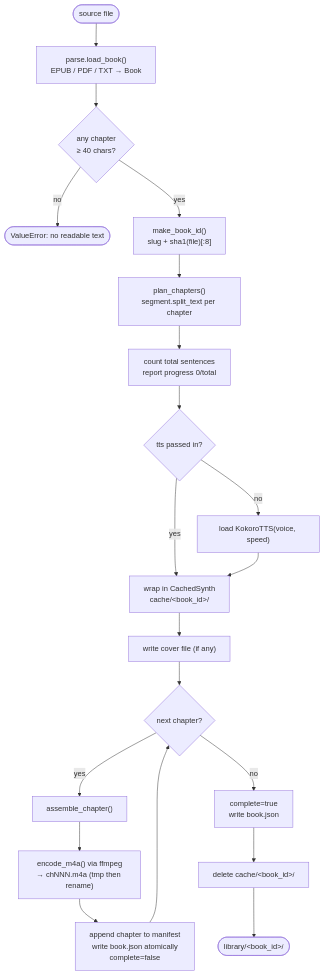
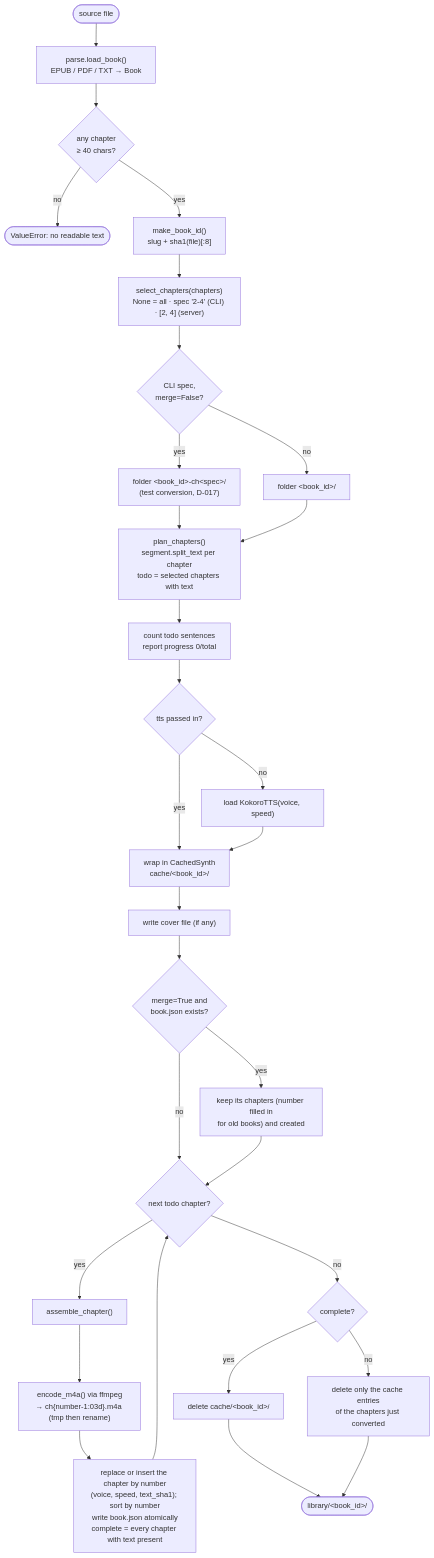
One commit to Fgkl10/ebook-convert-to-audio changed the third of 8 diagrams in desktop/docs/workflow.md. Above: the diagram before and after it, drawn with Mermaid. The commit also changed other lines of this file and 11 other files, not shown here.

First line of the commit message:
Choose which chapters to convert; add them into one library book (D-035)

````diff
--- a/desktop/docs/workflow.md
+++ b/desktop/docs/workflow.md
@@ -80,22 +80,32 @@
 ```mermaid
 flowchart TD
     A([source file]) --> B["parse.load_book()<br/>EPUB / PDF / TXT → Book"]
     B --> B1{any chapter<br/>≥ 40 chars?}
     B1 -- no --> X1([ValueError: no readable text])
     B1 -- yes --> C["make_book_id()<br/>slug + sha1(file)[:8]"]
-    C --> D["plan_chapters()<br/>segment.split_text per chapter"]
-    D --> E["count total sentences<br/>report progress 0/total"]
+    C --> S["select_chapters(chapters)<br/>None = all · spec '2-4' (CLI) · [2, 4] (server)"]
+    S --> S1{CLI spec,<br/>merge=False?}
+    S1 -- yes --> S2["folder &lt;book_id&gt;-ch&lt;spec&gt;/<br/>(test conversion, D-017)"]
+    S1 -- no --> S3["folder &lt;book_id&gt;/"]
+    S2 --> D
+    S3 --> D["plan_chapters()<br/>segment.split_text per chapter<br/>todo = selected chapters with text"]
+    D --> E["count todo sentences<br/>report progress 0/total"]
     E --> F{tts passed in?}
     F -- no --> F1["load KokoroTTS(voice, speed)"]
     F -- yes --> G
     F1 --> G["wrap in CachedSynth<br/>cache/&lt;book_id&gt;/"]
     G --> H["write cover file (if any)"]
-    H --> I{next chapter?}
+    H --> M0{"merge=True and<br/>book.json exists?"}
+    M0 -- yes --> M1["keep its chapters (number filled in<br/>for old books) and created"]
+    M0 -- no --> I
+    M1 --> I{next todo chapter?}
     I -- yes --> J["assemble_chapter()"]
-    J --> K["encode_m4a() via ffmpeg<br/>→ chNNN.m4a (tmp then rename)"]
-    K --> L["append chapter to manifest<br/>write book.json atomically<br/>complete=false"]
+    J --> K["encode_m4a() via ffmpeg<br/>→ ch{number-1:03d}.m4a (tmp then rename)"]
+    K --> L["replace or insert the chapter by number<br/>(voice, speed, text_sha1); sort by number<br/>write book.json atomically<br/>complete = every chapter with text present"]
     L --> I
-    I -- no --> M["complete=true<br/>write book.json"]
-    M --> N["delete cache/&lt;book_id&gt;/"]
+    I -- no --> M{complete?}
+    M -- yes --> N["delete cache/&lt;book_id&gt;/"]
+    M -- no --> N2["delete only the cache entries<br/>of the chapters just converted"]
     N --> O([library/&lt;book_id&gt;/])
+    N2 --> O
 ```
````
